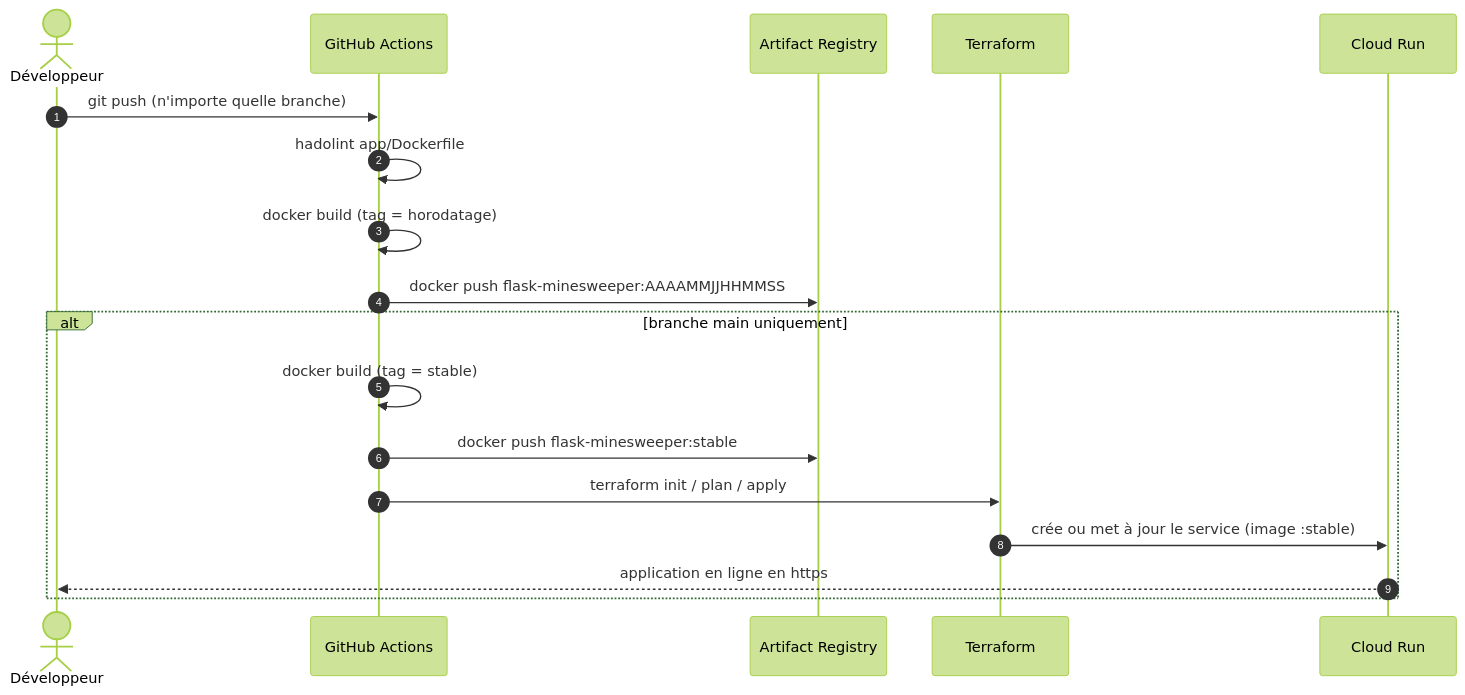
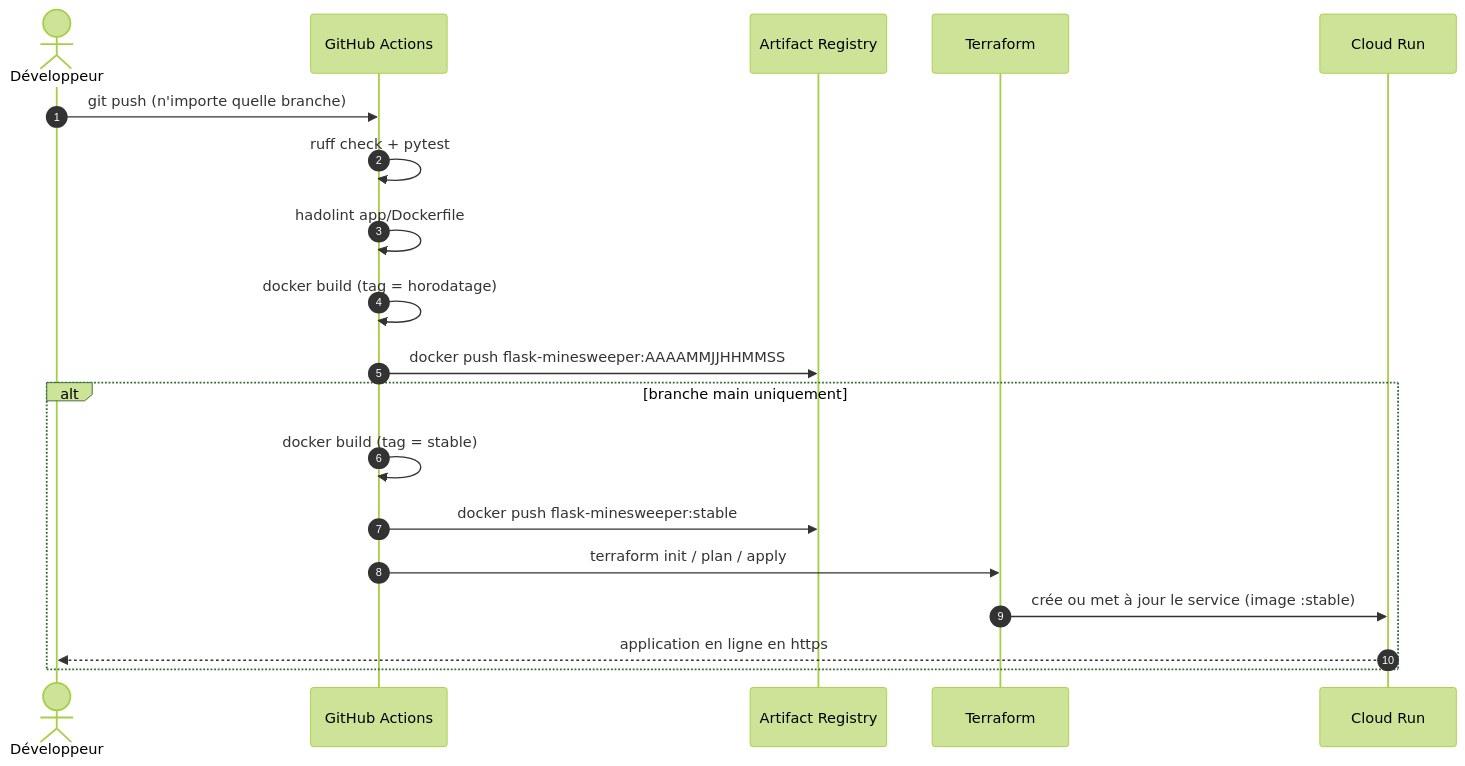
Before and after one commit to antoninBr/coding-dojo-devops: the second of 2 diagrams in README.md, drawn with Mermaid (forest theme). The commit also changed other lines of this file and 11 other files, not shown here.

````diff
--- a/README.md
+++ b/README.md
@@ -56,22 +67,23 @@
 ```mermaid
 sequenceDiagram
     autonumber
     actor Dev as Développeur
     participant GH as GitHub Actions
     participant AR as Artifact Registry
     participant TF as Terraform
     participant CR as Cloud Run
 
     Dev->>GH: git push (n'importe quelle branche)
+    GH->>GH: ruff check + pytest
     GH->>GH: hadolint app/Dockerfile
     GH->>GH: docker build (tag = horodatage)
     GH->>AR: docker push flask-minesweeper:AAAAMMJJHHMMSS
 
     alt branche main uniquement
         GH->>GH: docker build (tag = stable)
         GH->>AR: docker push flask-minesweeper:stable
         GH->>TF: terraform init / plan / apply
         TF->>CR: crée ou met à jour le service (image :stable)
         CR-->>Dev: application en ligne en https
     end
 ```
````
